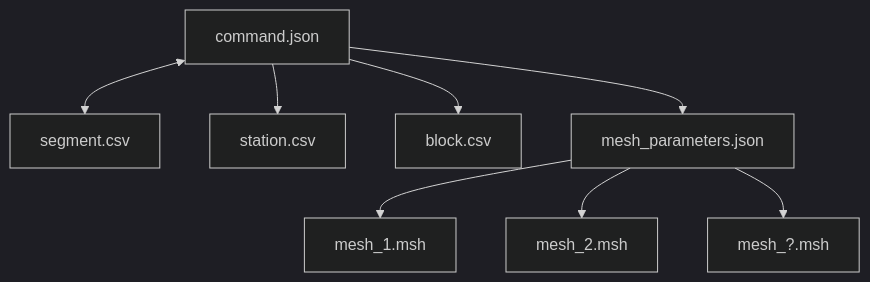
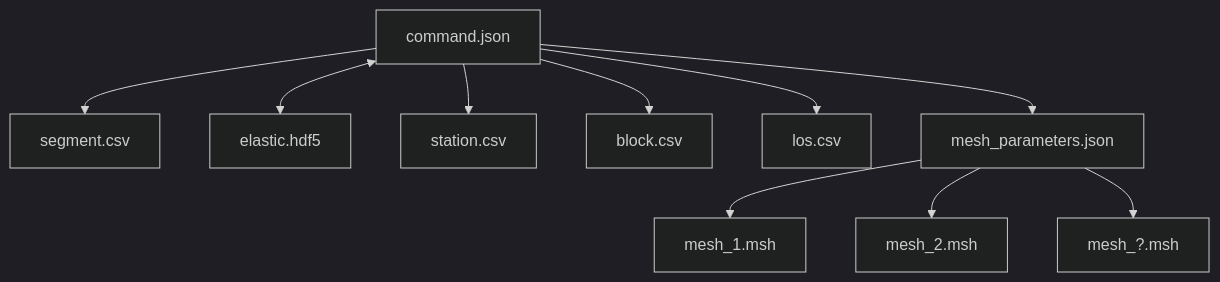
One commit to brendanjmeade/celeri changed the diagram in README.md. Above: the diagram before and after it, drawn with Mermaid (dark theme).

Commit message:
Adding los and elastic relationships to flowchart

````diff
--- a/README.md
+++ b/README.md
@@ -23,10 +23,12 @@
 ```mermaid
   flowchart TD;
-      command.json<-->segment.csv;
+      command.json-->segment.csv;
+      command.json<-->elastic.hdf5;
       command.json-->station.csv;
       command.json-->block.csv;
+      command.json-->los.csv;
       command.json-->mesh_parameters.json;
       mesh_parameters.json-->mesh_1.msh;
       mesh_parameters.json-->mesh_2.msh;
       mesh_parameters.json-->mesh_?.msh;
 ```
````
